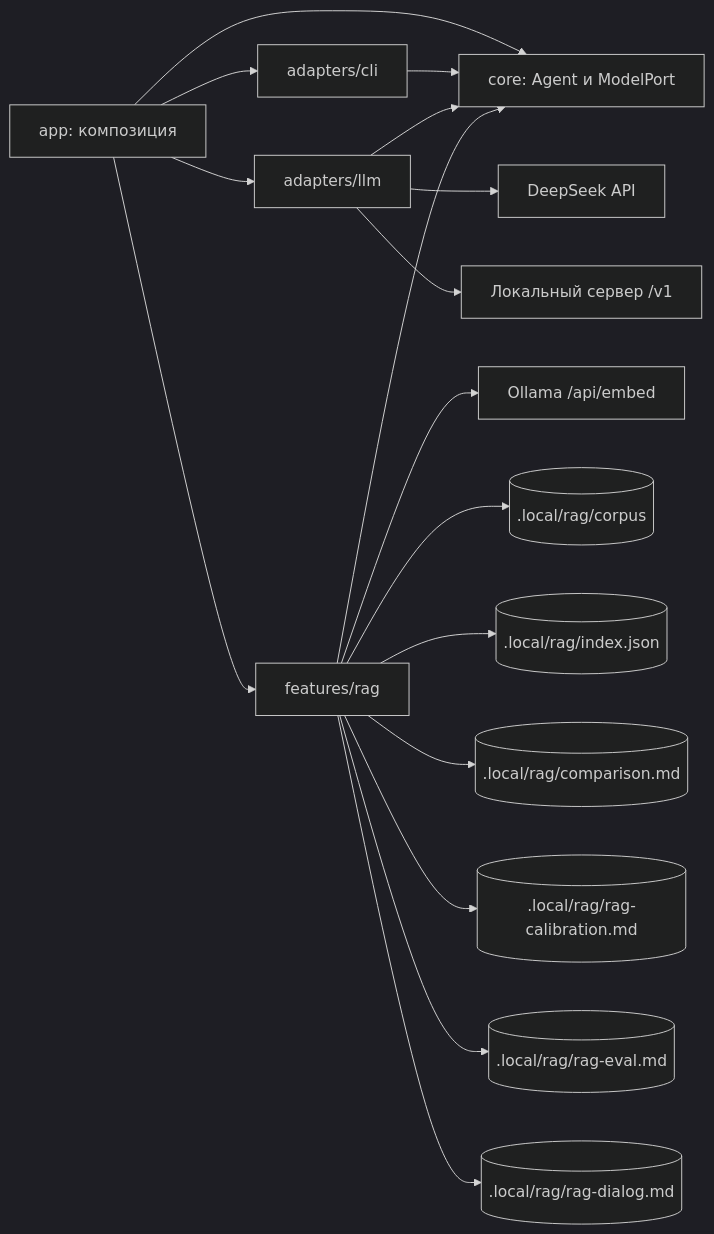
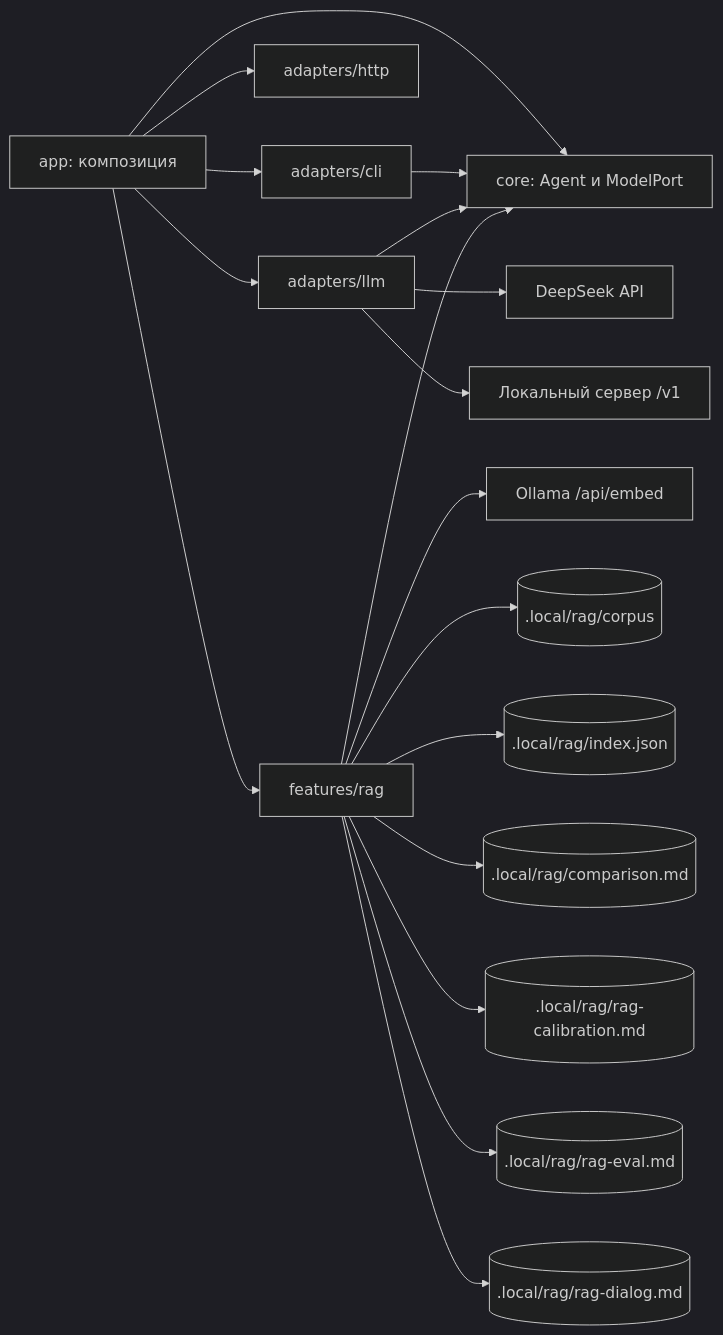
One commit to maxonmars/rag-lab changed the first of 3 diagrams in ARCHITECTURE.md. Above: the diagram before and after it, drawn with Mermaid (dark theme). The commit also changed other lines of this file and 43 other files, not shown here.

````diff
--- a/ARCHITECTURE.md
+++ b/ARCHITECTURE.md
@@ -9,19 +9,20 @@
 ```mermaid
 flowchart LR
     App[app: композиция] --> Core[core: Agent и ModelPort]
     App --> CLI[adapters/cli]
+    App --> Http[adapters/http]
     App --> LLM[adapters/llm]
     App --> Rag[features/rag]
     CLI --> Core
     LLM --> Core
     LLM --> DeepSeek[DeepSeek API]
     LLM --> Local[Локальный сервер /v1]
     Rag --> Core
     Rag --> Ollama[Ollama /api/embed]
     Rag --> Corpus[(.local/rag/corpus)]
     Rag --> Index[(.local/rag/index.json)]
     Rag --> Report[(.local/rag/comparison.md)]
     Rag --> Calibration[(.local/rag/rag-calibration.md)]
     Rag --> EvalReport[(.local/rag/rag-eval.md)]
     Rag --> DialogReport[(.local/rag/rag-dialog.md)]
 ```
````
